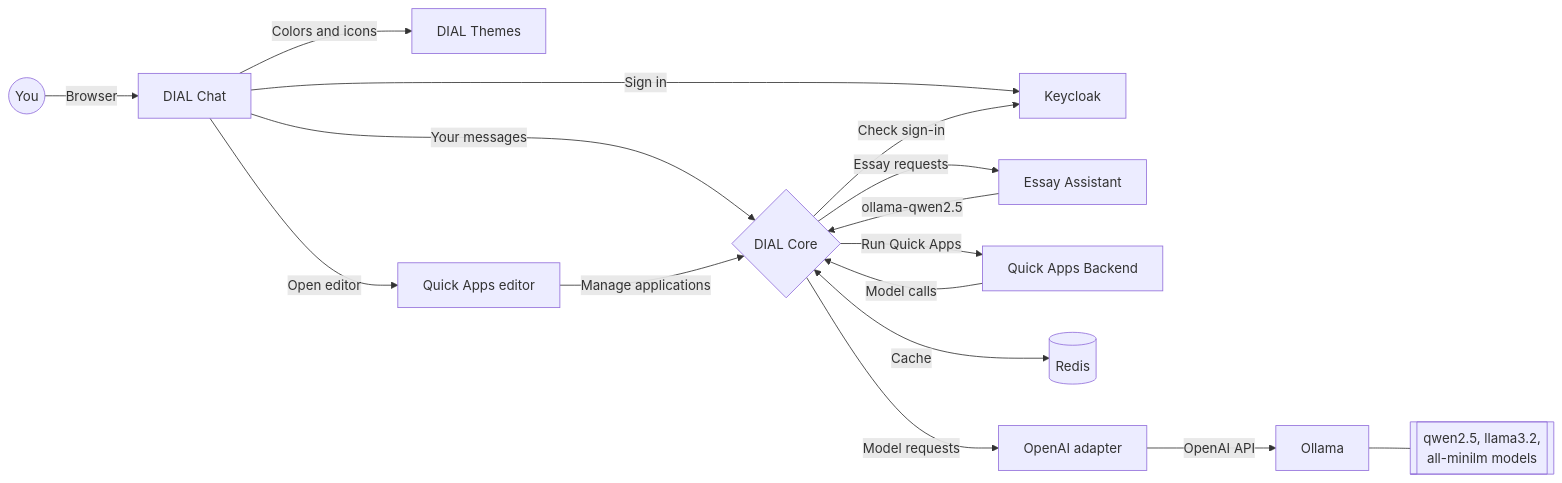
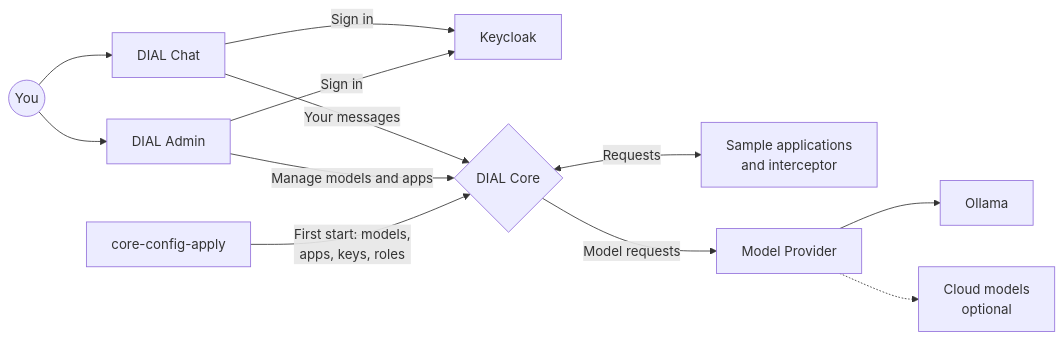
One commit to epam/ai-dial-samples changed the diagram in 1-dial-simple-setup/README.md. Above: the diagram before and after it, drawn with Mermaid. The commit also changed other lines of this file and 41 other files, not shown here.

First line of the commit message:
Store models and apps in Core and simplify the docs

````diff
--- a/1-dial-simple-setup/README.md
+++ b/1-dial-simple-setup/README.md
@@ -42,31 +72,23 @@
 ```mermaid
 flowchart LR
     you((You))
     chat[DIAL Chat]
-    themes[DIAL Themes]
+    admin[DIAL Admin]
     keycloak[Keycloak]
     core{DIAL Core}
-    essay[Essay Assistant]
-    editor[Quick Apps editor]
-    quickapps[Quick Apps Backend]
-    redis[(Redis)]
-    adapter[OpenAI adapter]
+    apply[core-config-apply]
+    samples[Sample applications<br/>and interceptor]
+    provider[Model Provider]
     ollama[Ollama]
-    models[[qwen2.5, llama3.2,<br/>all-minilm models]]
+    cloud[Cloud models<br/>optional]
 
-    you -->|Browser| chat
-    chat -->|Sign in| keycloak
-    chat -->|Colors and icons| themes
+    you --> chat & admin
+    chat & admin -->|Sign in| keycloak
     chat -->|Your messages| core
-    chat -->|Open editor| editor
-    editor -->|Manage applications| core
-    core -->|Check sign-in| keycloak
-    core <-->|Cache| redis
-    core -->|Model requests| adapter
-    core -->|Essay requests| essay
-    essay -->|ollama-qwen2.5| core
-    core -->|Run Quick Apps| quickapps
-    quickapps -->|Model calls| core
-    adapter -->|OpenAI API| ollama
-    ollama --- models
+    admin -->|Manage models and apps| core
+    apply -->|First start: models,<br/>apps, keys, roles| core
+    core <-->|Requests| samples
+    core -->|Model requests| provider
+    provider --> ollama
+    provider -.-> cloud
 ```
````
